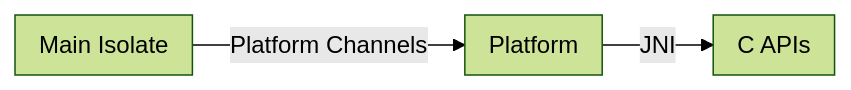
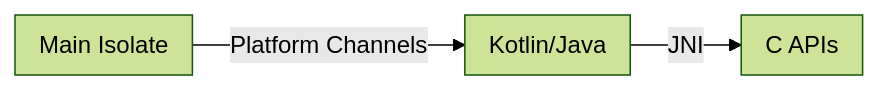
The second of 3 diagrams in slide/pages/journey_native_C_APIs.md (sensuikan1973/flutter_expensive_native_embedding_journey), drawn with Mermaid (forest theme) before and after one commit.

````diff
--- a/slide/pages/journey_native_C_APIs.md
+++ b/slide/pages/journey_native_C_APIs.md
@@ -66,11 +66,11 @@
 ```mermaid
 flowchart LR
     subgraph M ["Main#32;Isolate"]
     end
     M -->|Platform Channels| P
-    subgraph P ["Platform"]
+    subgraph P ["Kotlin/Java"]
     end
     P -->|JNI| N
     subgraph N ["C APIs"]
     end
 ```
````
